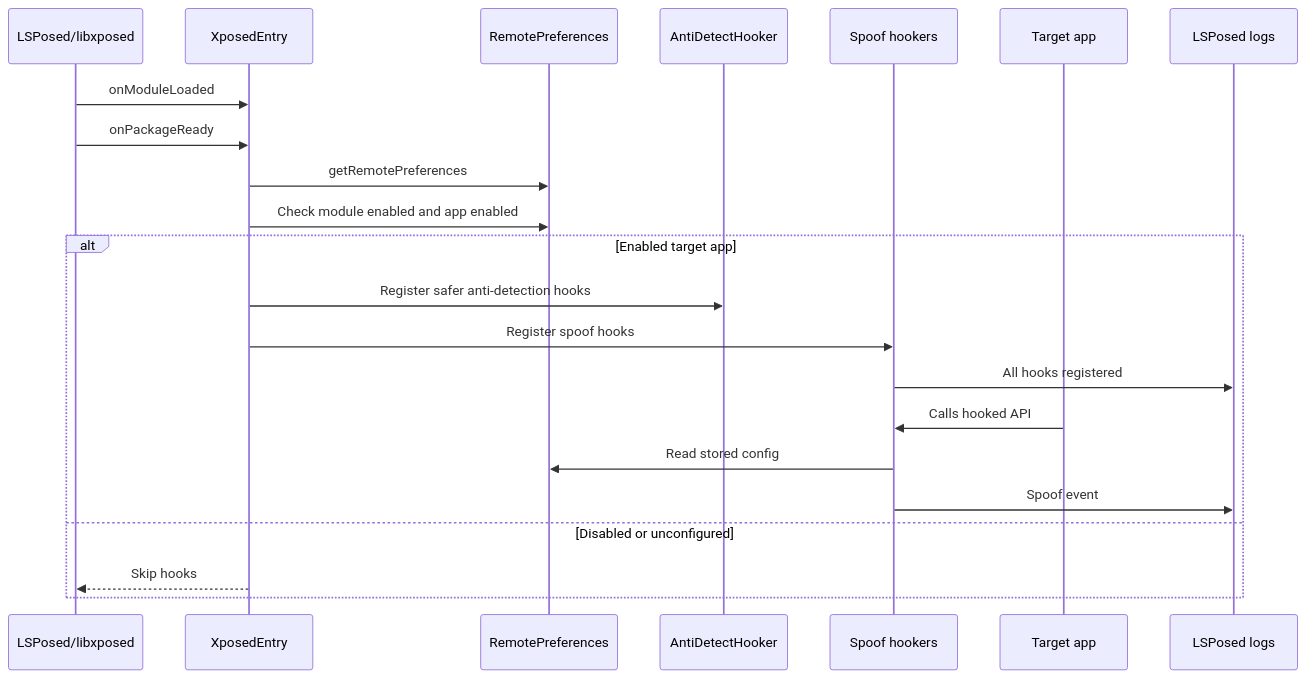
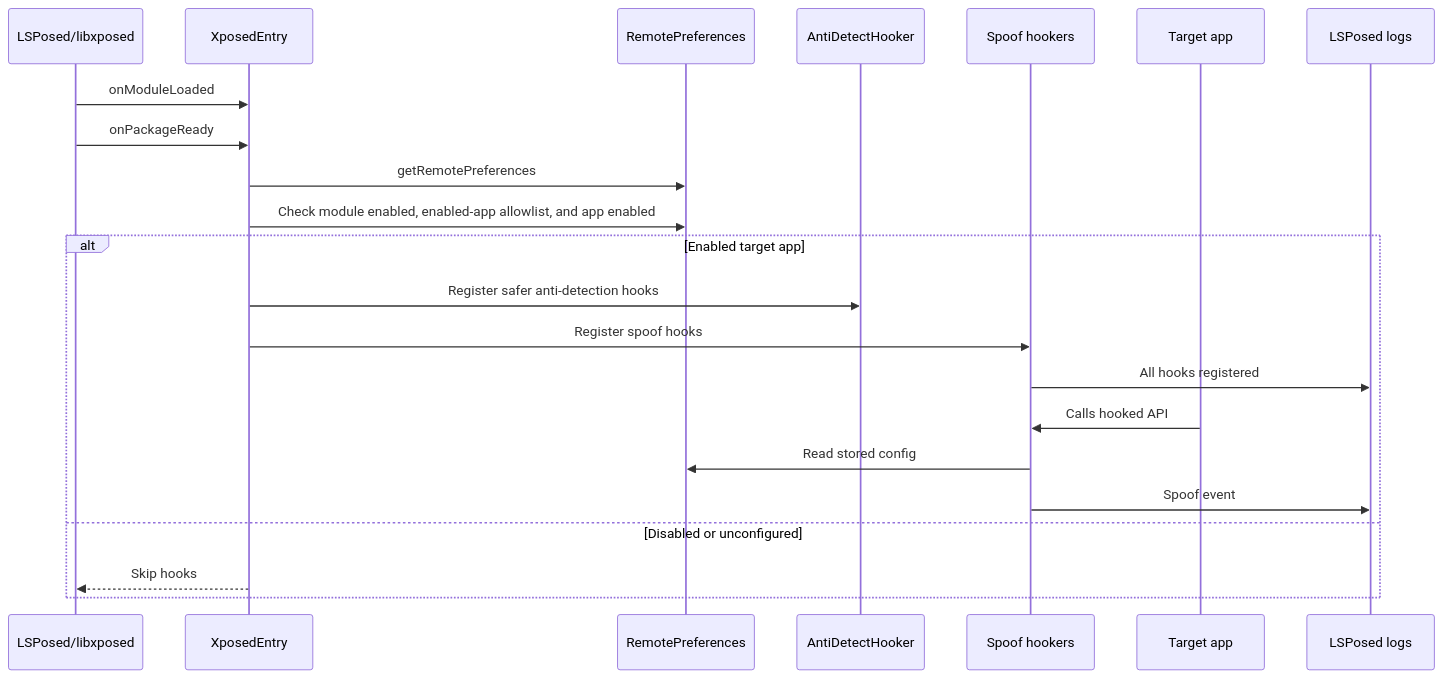
Before and after one commit to mohdakil2426/Device-Masker: the fourth of 6 diagrams in docs/public/ARCHITECTURE.md, drawn with Mermaid. The commit also changed other lines of this file and 5 other files, not shown here.

````diff
--- a/docs/public/ARCHITECTURE.md
+++ b/docs/public/ARCHITECTURE.md
@@ -136,25 +138,25 @@
 ```mermaid
 sequenceDiagram
     participant LS as LSPosed/libxposed
     participant Entry as XposedEntry
     participant Prefs as RemotePreferences
     participant Anti as AntiDetectHooker
     participant Hook as Spoof hookers
     participant Target as Target app
     participant Logs as LSPosed logs
 
     LS->>Entry: onModuleLoaded
     LS->>Entry: onPackageReady
     Entry->>Prefs: getRemotePreferences
-    Entry->>Prefs: Check module enabled and app enabled
+    Entry->>Prefs: Check module enabled, enabled-app allowlist, and app enabled
     alt Enabled target app
         Entry->>Anti: Register safer anti-detection hooks
         Entry->>Hook: Register spoof hooks
         Hook->>Logs: All hooks registered
         Target->>Hook: Calls hooked API
         Hook->>Prefs: Read stored config
         Hook->>Logs: Spoof event
     else Disabled or unconfigured
         Entry-->>LS: Skip hooks
     end
 ```
````
